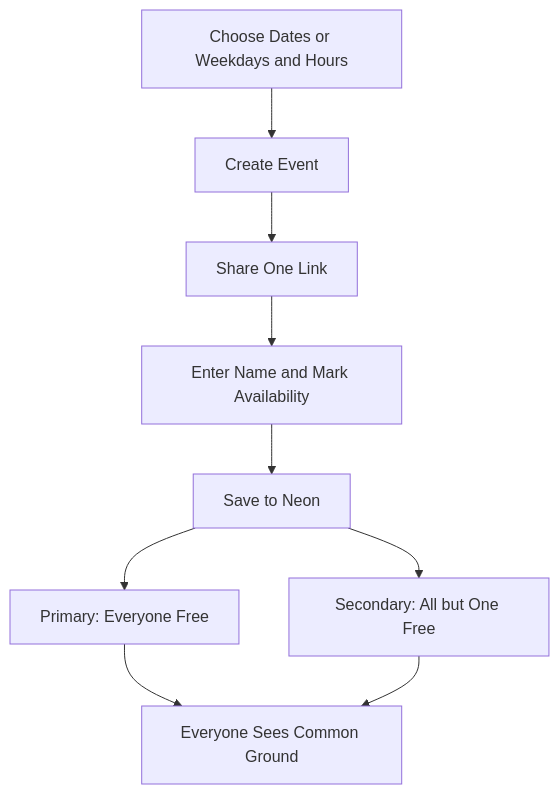
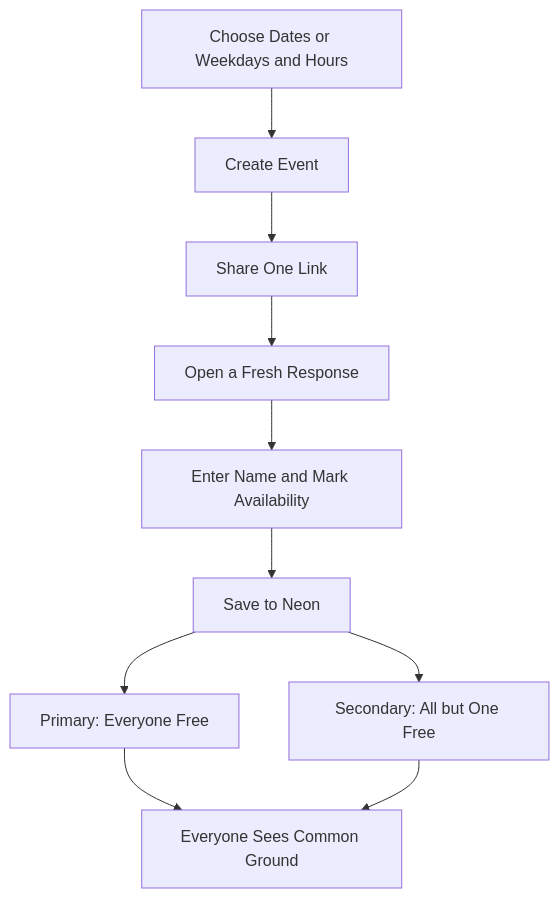
Before and after one commit to jimmy181211/whenkin: the first of 2 diagrams in docs/flowchart.md, drawn with Mermaid. The commit also changed other lines of this file and 25 other files, not shown here.

Commit message:
Simplify response identity and add personal and group availability views

````diff
--- a/docs/flowchart.md
+++ b/docs/flowchart.md
@@ -7,11 +7,12 @@
 ```mermaid
 flowchart TD
   C["Choose Dates or Weekdays and Hours"] --> E["Create Event"]
   E --> L["Share One Link"]
-  L --> R["Enter Name and Mark Availability"]
+  L --> F["Open a Fresh Response"]
+  F --> R["Enter Name and Mark Availability"]
   R --> N["Save to Neon"]
   N --> P["Primary: Everyone Free"]
   N --> S["Secondary: All but One Free"]
   P --> G["Everyone Sees Common Ground"]
   S --> G
 ```
````
